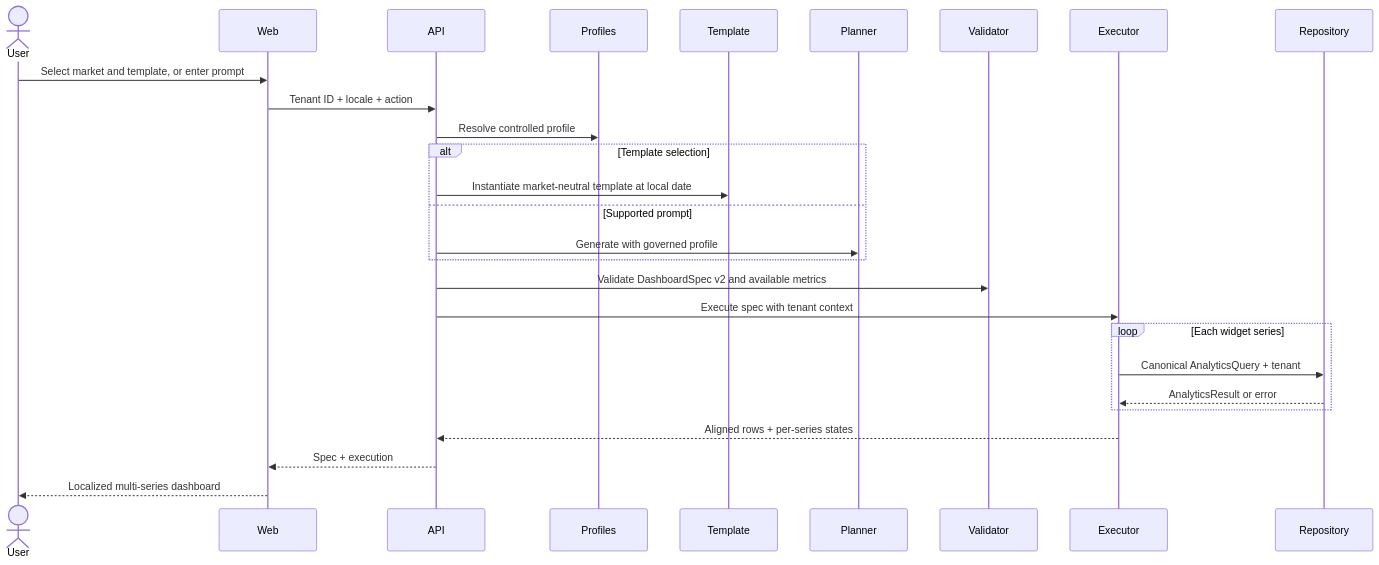
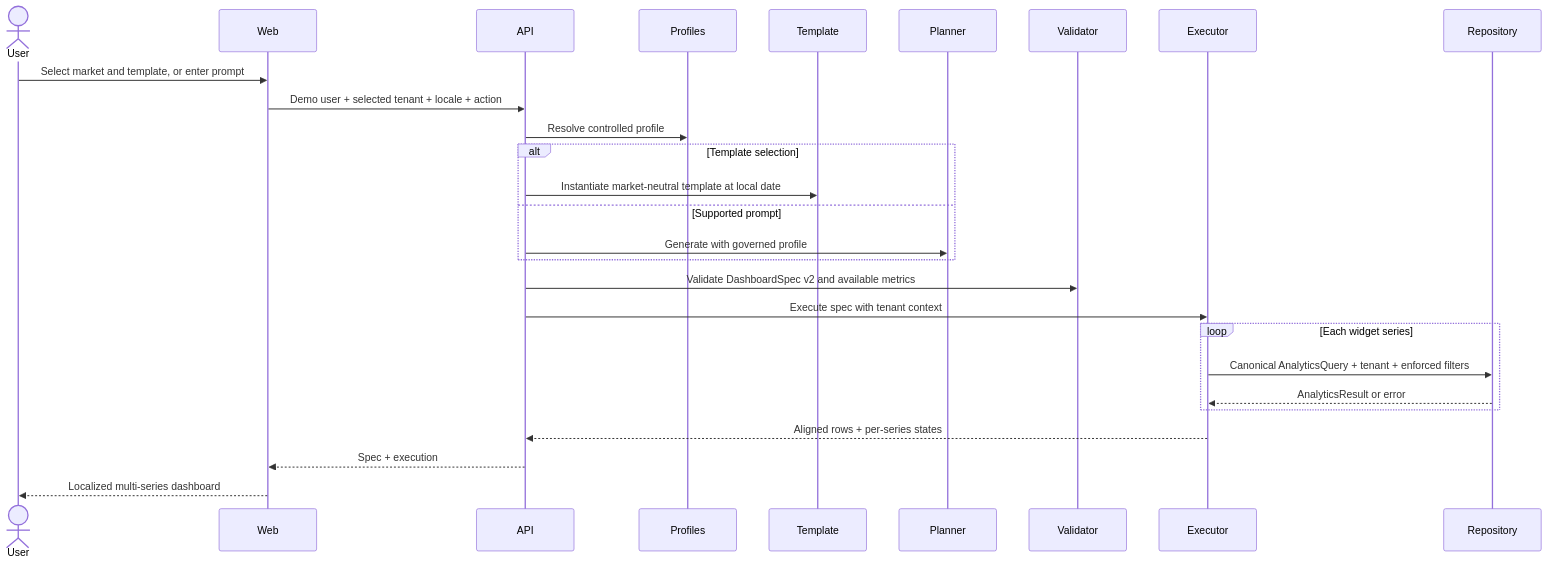
Before and after one commit to hazemyoussif/el-dabboos-analytics: the third of 6 diagrams in docs/architecture/diagrams.md, drawn with Mermaid. The commit also changed other lines of this file and 5 other files, not shown here.

````diff
--- a/docs/architecture/diagrams.md
+++ b/docs/architecture/diagrams.md
@@ -39,29 +39,29 @@
 ```mermaid
 sequenceDiagram
   actor User
   participant Web
   participant API
   participant Profiles
   participant Template
   participant Planner
   participant Validator
   participant Executor
   participant Repository
   User->>Web: Select market and template, or enter prompt
-  Web->>API: Tenant ID + locale + action
+  Web->>API: Demo user + selected tenant + locale + action
   API->>Profiles: Resolve controlled profile
   alt Template selection
     API->>Template: Instantiate market-neutral template at local date
   else Supported prompt
     API->>Planner: Generate with governed profile
   end
   API->>Validator: Validate DashboardSpec v2 and available metrics
   API->>Executor: Execute spec with tenant context
   loop Each widget series
-    Executor->>Repository: Canonical AnalyticsQuery + tenant
+    Executor->>Repository: Canonical AnalyticsQuery + tenant + enforced filters
     Repository-->>Executor: AnalyticsResult or error
   end
   Executor-->>API: Aligned rows + per-series states
   API-->>Web: Spec + execution
   Web-->>User: Localized multi-series dashboard
 ```
````
